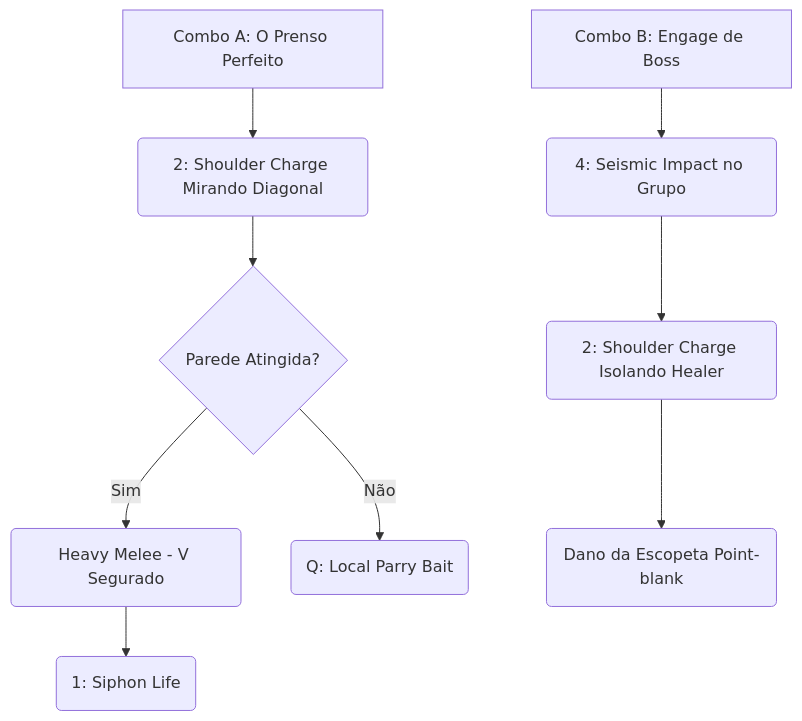
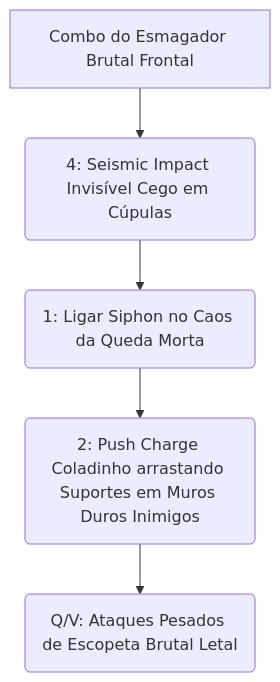
One commit to 0xThiagoAmaral/deadlock-meta-hub changed the diagram in ABRAMS/Guia_Definitivo_Abrams.md. Above: the diagram before and after it, drawn with Mermaid. The commit also changed other lines of this file and 4 other files, not shown here.

````diff
--- a/ABRAMS/Guia_Definitivo_Abrams.md
+++ b/ABRAMS/Guia_Definitivo_Abrams.md
@@ -66,12 +57,7 @@
 ```mermaid
 graph TD
-    A[Combo A: O Prenso Perfeito] --> B(2: Shoulder Charge Mirando Diagonal)
-    B --> C{Parede Atingida?}
-    C -->|Sim| D(Heavy Melee - V Segurado)
-    D --> E(1: Siphon Life)
-    C -->|Não| F(Q: Local Parry Bait)
-    
-    X[Combo B: Engage de Boss] --> Y(4: Seismic Impact no Grupo)
-    Y --> Z(2: Shoulder Charge Isolando Healer)
-    Z --> W(Dano da Escopeta Point-blank)
+    A[Combo do Esmagador Brutal Frontal] --> B(4: Seismic Impact Invisível Cego em Cúpulas)
+    B --> C(1: Ligar Siphon no Caos da Queda Morta)
+    C --> D(2: Push Charge Coladinho arrastando Suportes em Muros Duros Inimigos)
+    D --> E(Q/V: Ataques Pesados de Escopeta Brutal Letal)
 ```
````
